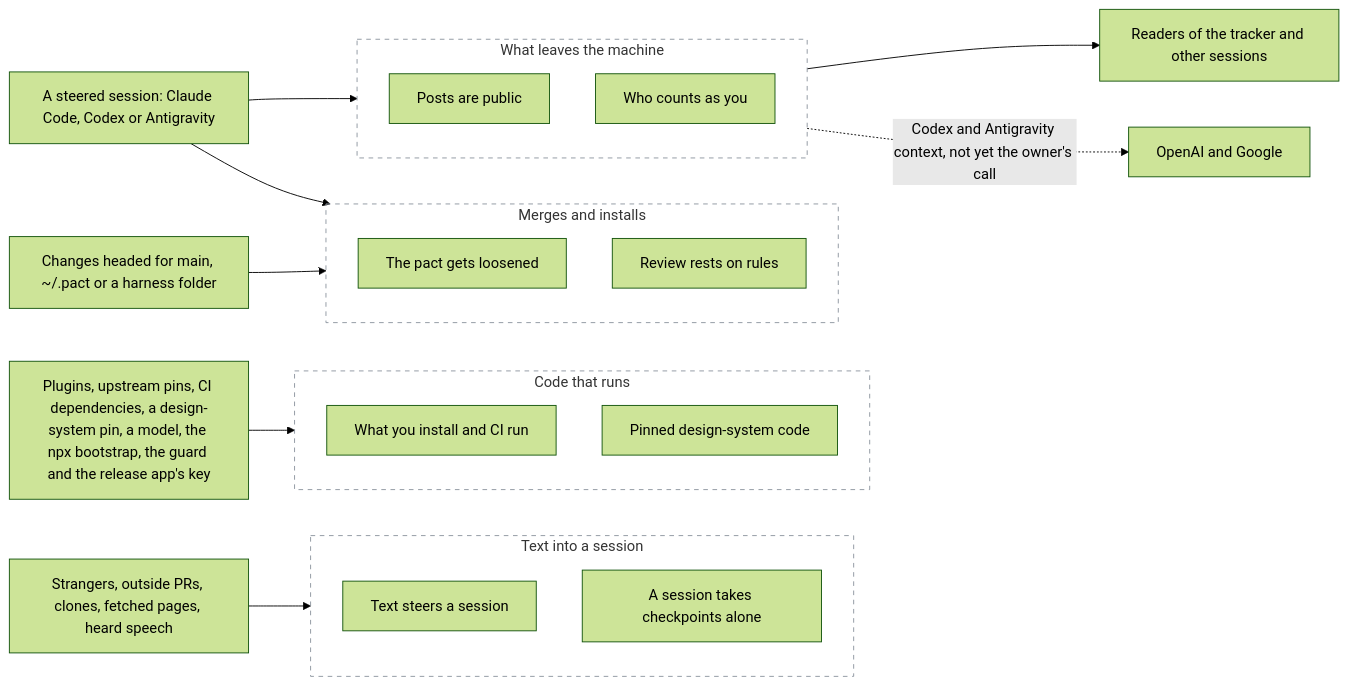
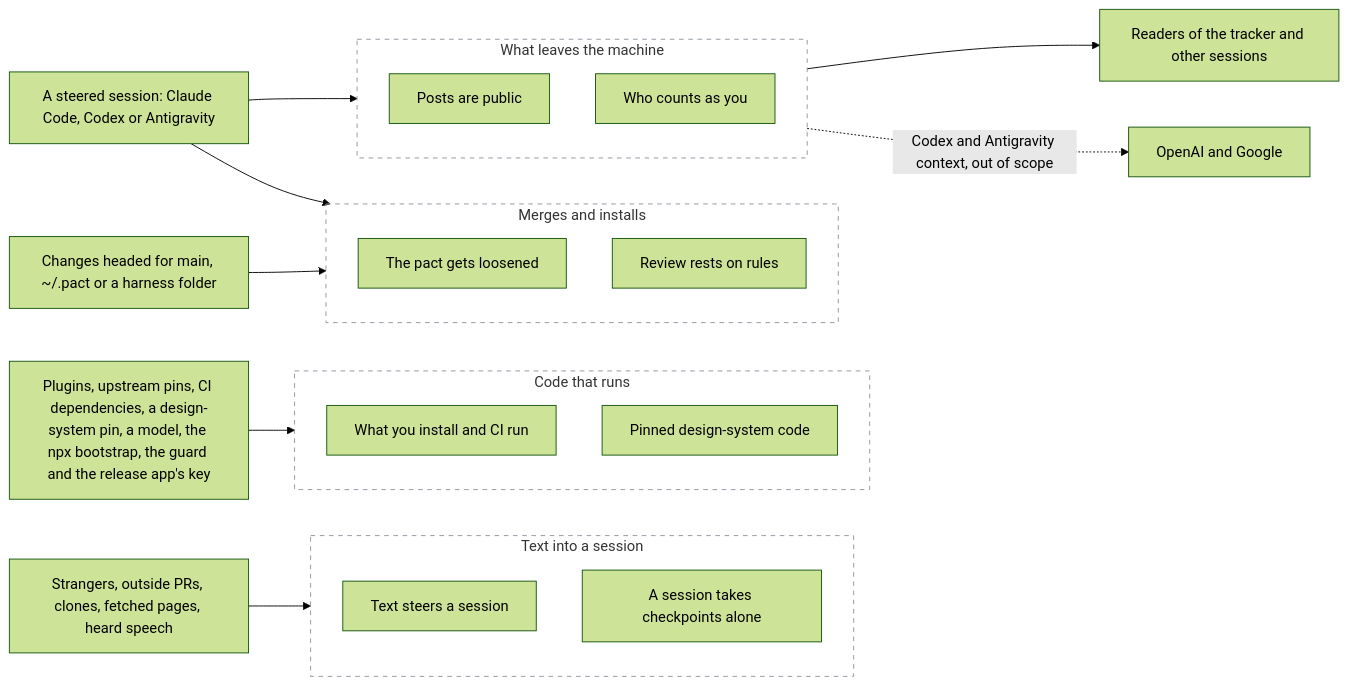
One commit to mephistopheles4/the-pact changed the first of 2 diagrams in docs/threat-model.md. Above: the diagram before and after it, drawn with Mermaid (forest theme). The commit also changed other lines of this file and 1 other file, not shown here.

Commit message:
PACT-105 T1: record the owner's relayed answer on the threat model's scope change
The lead session relayed it (its decisions 88 and 89). Codex with OpenAI and
Antigravity with Google out of scope is no longer listed as open; the other
listed items stay open.

Claude-Session: https://claude.ai/code/session_01N7XFkoQ8QTB2pEMuTvNLM7

````diff
--- a/docs/threat-model.md
+++ b/docs/threat-model.md
@@ -32,39 +32,39 @@
 ```mermaid
 flowchart LR
   outside["Strangers, outside PRs, clones, fetched pages, heard speech"]
   upstream["Plugins, upstream pins, CI dependencies, a design-system pin, a model, the npx bootstrap, the guard and the release app's key"]
   owner["Changes headed for main, ~/.pact or a harness folder"]
   session["A steered session: Claude Code, Codex or Antigravity"]
   readers["Readers of the tracker and other sessions"]
   providers["OpenAI and Google"]
 
   subgraph B1["Text into a session"]
     T1["Text steers a session"]
     T2["A session takes checkpoints alone"]
   end
   subgraph B2["Code that runs"]
     T3["What you install and CI run"]
     T4["Pinned design-system code"]
   end
   subgraph B3["Merges and installs"]
     T5["The pact gets loosened"]
     T6["Review rests on rules"]
   end
   subgraph B4["What leaves the machine"]
     T7["Posts are public"]
     T8["Who counts as you"]
   end
 
   outside --> B1
   upstream --> B2
   session --> B3
   owner --> B3
   session --> B4
   B4 --> readers
-  B4 -. "Codex and Antigravity context, not yet the owner's call" .-> providers
+  B4 -. "Codex and Antigravity context, out of scope" .-> providers
 
   style B1 fill:transparent,stroke:#8c959f,stroke-dasharray: 5 5
   style B2 fill:transparent,stroke:#8c959f,stroke-dasharray: 5 5
   style B3 fill:transparent,stroke:#8c959f,stroke-dasharray: 5 5
   style B4 fill:transparent,stroke:#8c959f,stroke-dasharray: 5 5
 ```
````
